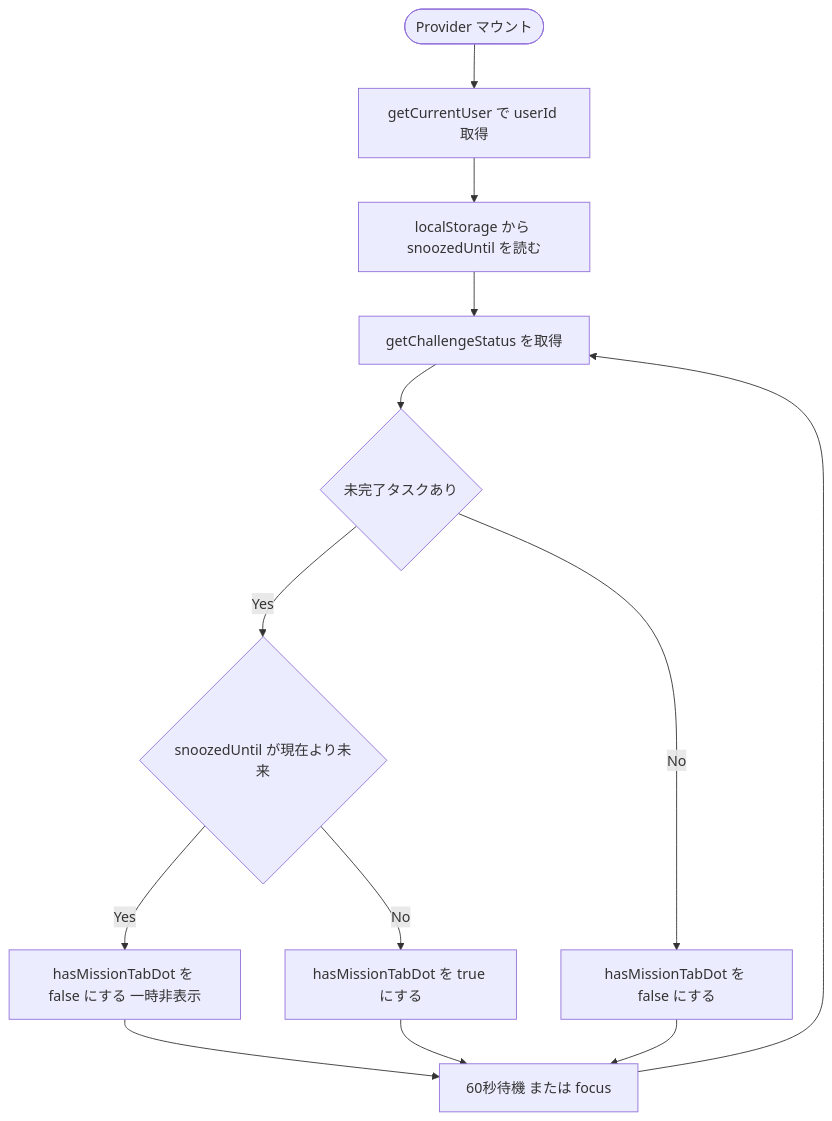
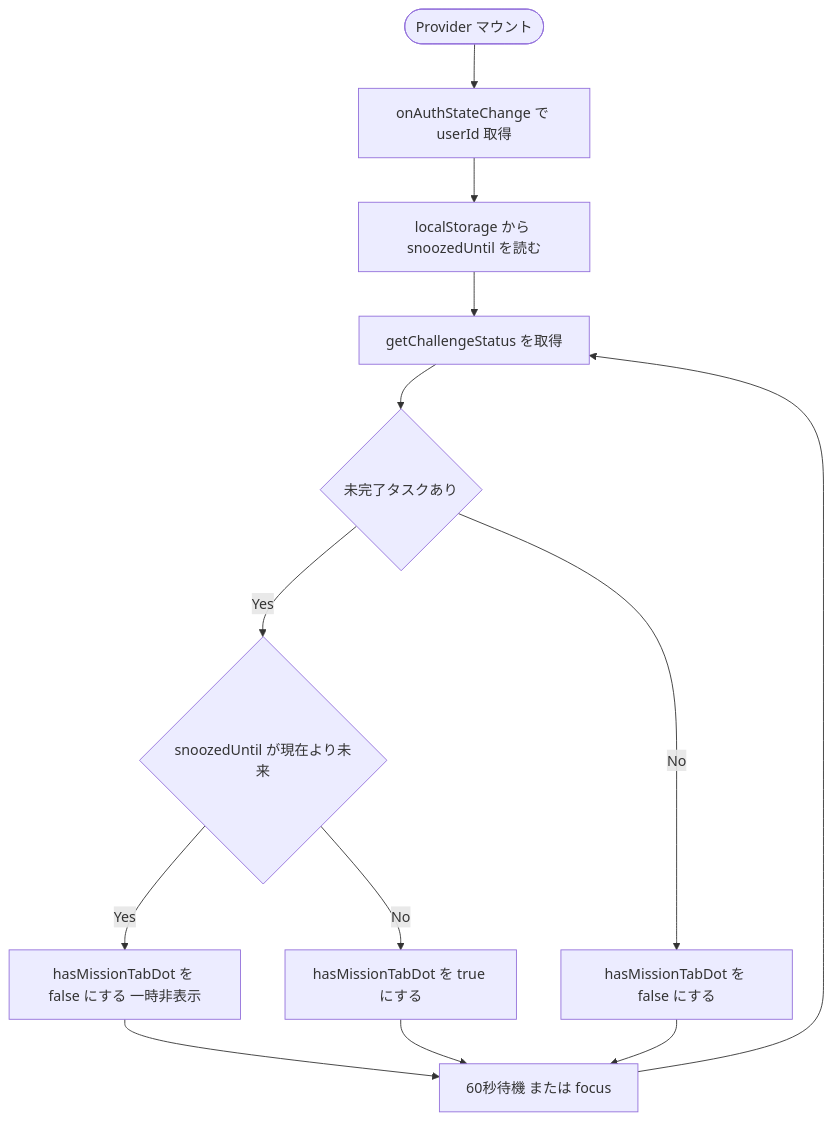
One commit to 3balljugglerYu/ai_coordinate changed the fourth of 5 diagrams in docs/planning/mission-page-badge-implementation-plan.md. Above: the diagram before and after it, drawn with Mermaid. The commit also changed other lines of this file and 5 other files, not shown here.

````diff
--- a/docs/planning/mission-page-badge-implementation-plan.md
+++ b/docs/planning/mission-page-badge-implementation-plan.md
@@ -116,15 +117,15 @@
 ```mermaid
 flowchart TD
-    Start([Provider マウント]) --> Auth["getCurrentUser で userId 取得"]
+    Start([Provider マウント]) --> Auth["onAuthStateChange で userId 取得"]
     Auth --> ReadStore["localStorage から snoozedUntil を読む"]
     ReadStore --> Fetch["getChallengeStatus を取得"]
     Fetch --> Eval{"未完了タスクあり"}
     Eval -->|Yes| SnoozeCheck{"snoozedUntil が現在より未来"}
     Eval -->|No| Hide["hasMissionTabDot を false にする"]
     SnoozeCheck -->|Yes| Hide2["hasMissionTabDot を false にする 一時非表示"]
     SnoozeCheck -->|No| Show["hasMissionTabDot を true にする"]
     Show --> Wait
     Hide --> Wait
     Hide2 --> Wait
     Wait["60秒待機 または focus"] --> Fetch
 ```
````
